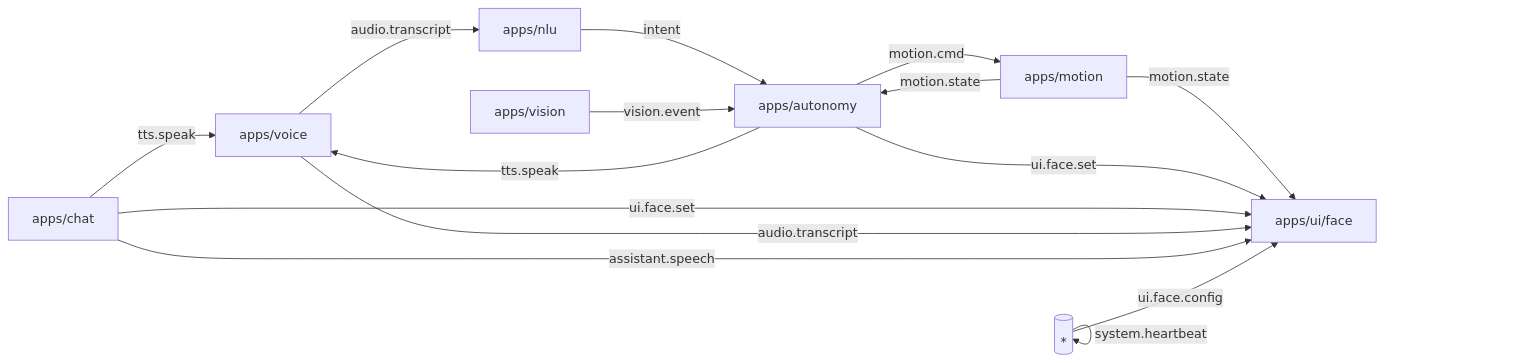
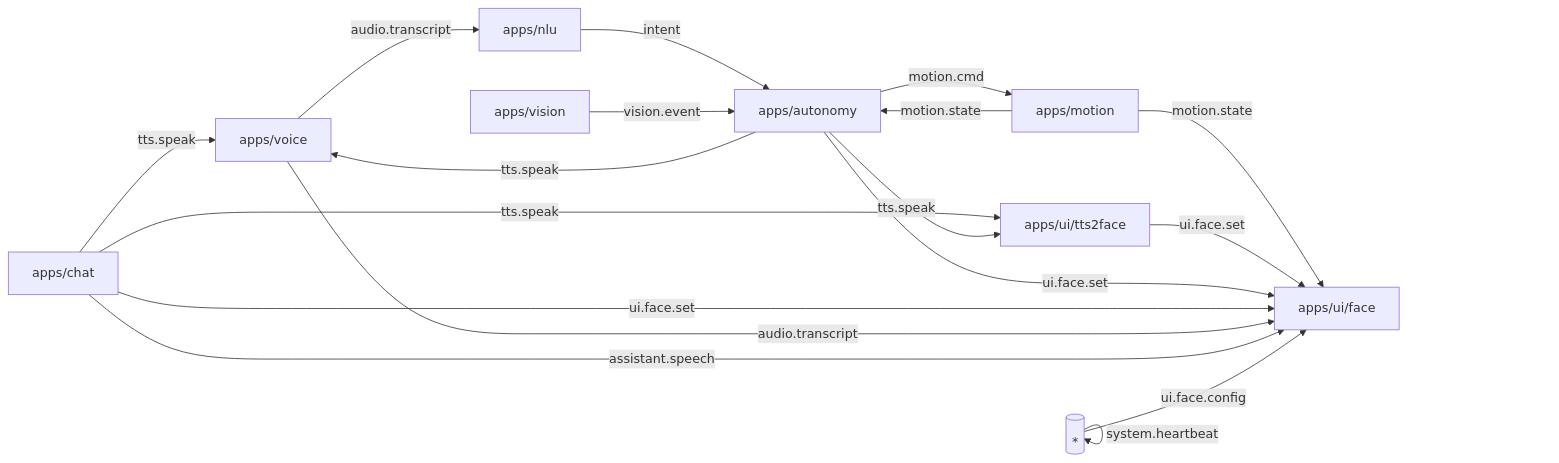
Before and after one commit to mpieniak01/Rider-Pi: the diagram in PROJECT.md, drawn with Mermaid. The commit also changed other lines of this file, not shown here.

Commit message:
docs: update PROJECT.md to v0.4.1 (motion watchdog strict/lease, motion.state reasons, tts2face bridge)

````diff
--- a/PROJECT.md
+++ b/PROJECT.md
@@ -59,17 +58,21 @@
 ```mermaid
 flowchart LR
   Voice[apps/voice] -->|audio.transcript| NLU[apps/nlu]
   NLU -->|intent| Autonomy[apps/autonomy]
   Vision[apps/vision] -->|vision.event| Autonomy
   Autonomy -->|motion.cmd| Motion[apps/motion]
   Motion -->|motion.state| Autonomy
   Motion -->|motion.state| UI[apps/ui/face]
   Autonomy -->|tts.speak| Voice
   Chat[apps/chat] -->|tts.speak| Voice
+  %% Mostek TTS→Face (UI):
+  Chat -->|tts.speak| TTS2Face[apps/ui/tts2face]
+  Autonomy -->|tts.speak| TTS2Face
+  TTS2Face -->|ui.face.set| UI
   Autonomy -->|ui.face.set| UI
   Chat -->|ui.face.set| UI
   Voice -->|audio.transcript| UI
   Chat -->|assistant.speech| UI
   Any[(*)] -->|ui.face.config| UI
   Any -->|system.heartbeat| Any
 ```
````
